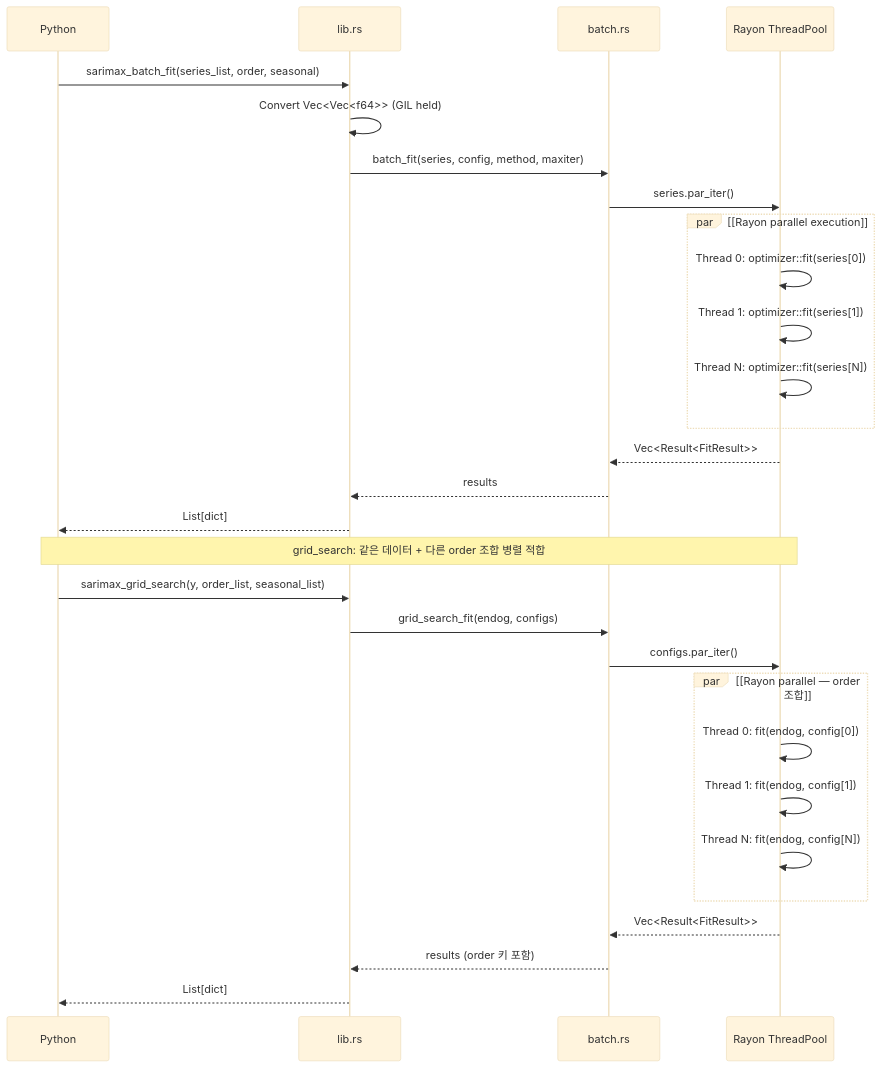
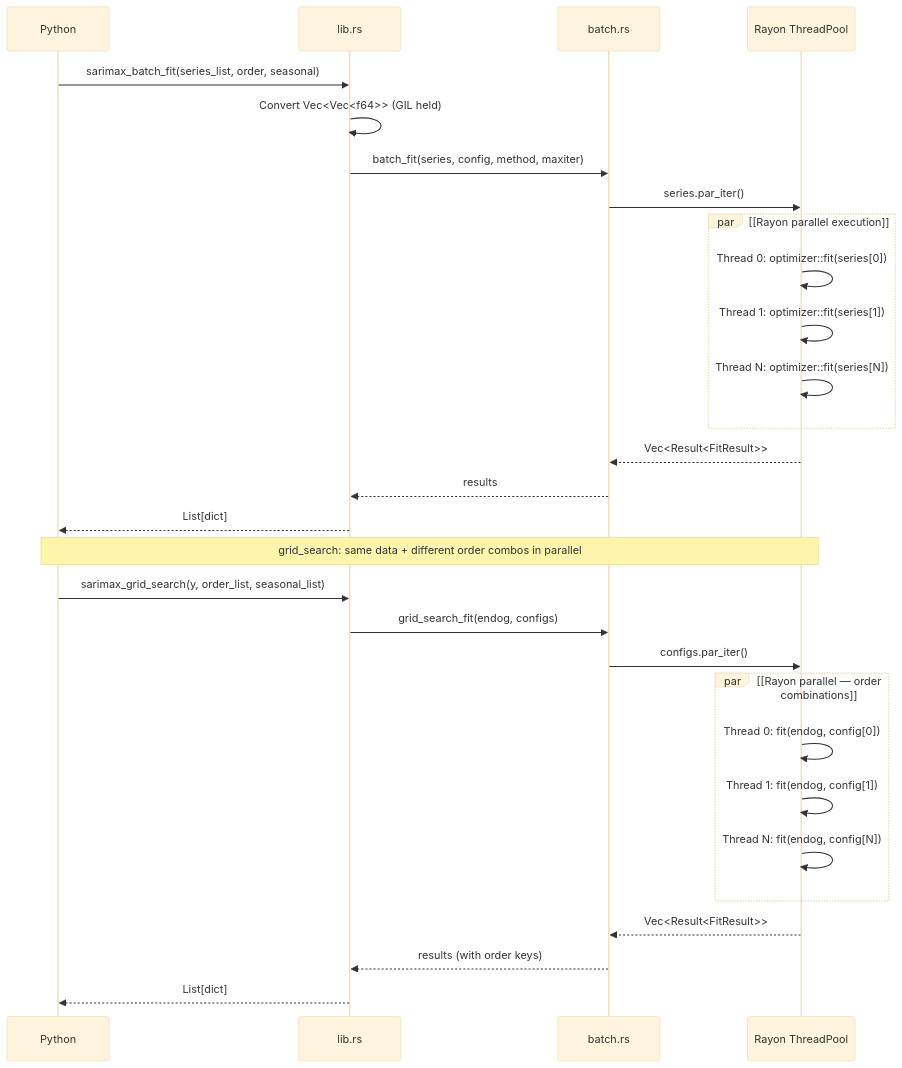
Before and after one commit to zongseung/Rust-python-arima: the fourth of 4 diagrams in README.md, drawn with Mermaid (base theme). The commit also changed other lines of this file, not shown here.

````diff
--- a/README.md
+++ b/README.md
@@ -392,39 +399,39 @@
 ```mermaid
 sequenceDiagram
     participant P as Python
     participant L as lib.rs
     participant B as batch.rs
     participant R as Rayon ThreadPool
 
     P->>L: sarimax_batch_fit(series_list, order, seasonal)
     L->>L: Convert Vec<Vec<f64>> (GIL held)
     L->>B: batch_fit(series, config, method, maxiter)
 
     B->>R: series.par_iter()
 
     par [Rayon parallel execution]
         R->>R: Thread 0: optimizer::fit(series[0])
         R->>R: Thread 1: optimizer::fit(series[1])
         R->>R: Thread N: optimizer::fit(series[N])
     end
 
     R-->>B: Vec<Result<FitResult>>
     B-->>L: results
     L-->>P: List[dict]
 
-    Note over P,R: grid_search: 같은 데이터 + 다른 order 조합 병렬 적합
+    Note over P,R: grid_search: same data + different order combos in parallel
 
     P->>L: sarimax_grid_search(y, order_list, seasonal_list)
     L->>B: grid_search_fit(endog, configs)
     B->>R: configs.par_iter()
 
-    par [Rayon parallel — order 조합]
+    par [Rayon parallel — order combinations]
         R->>R: Thread 0: fit(endog, config[0])
         R->>R: Thread 1: fit(endog, config[1])
         R->>R: Thread N: fit(endog, config[N])
     end
 
     R-->>B: Vec<Result<FitResult>>
-    B-->>L: results (order 키 포함)
+    B-->>L: results (with order keys)
     L-->>P: List[dict]
 ```
````
